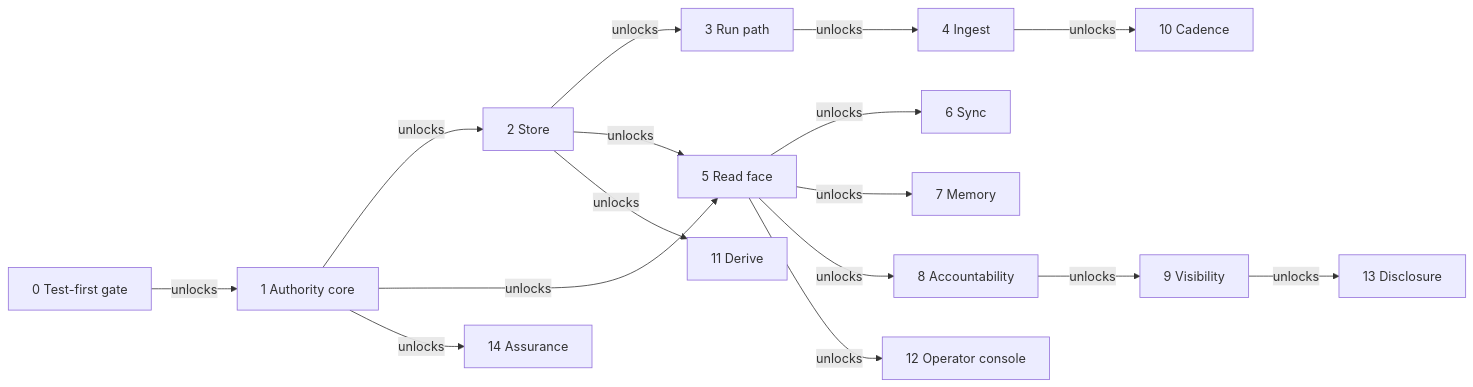
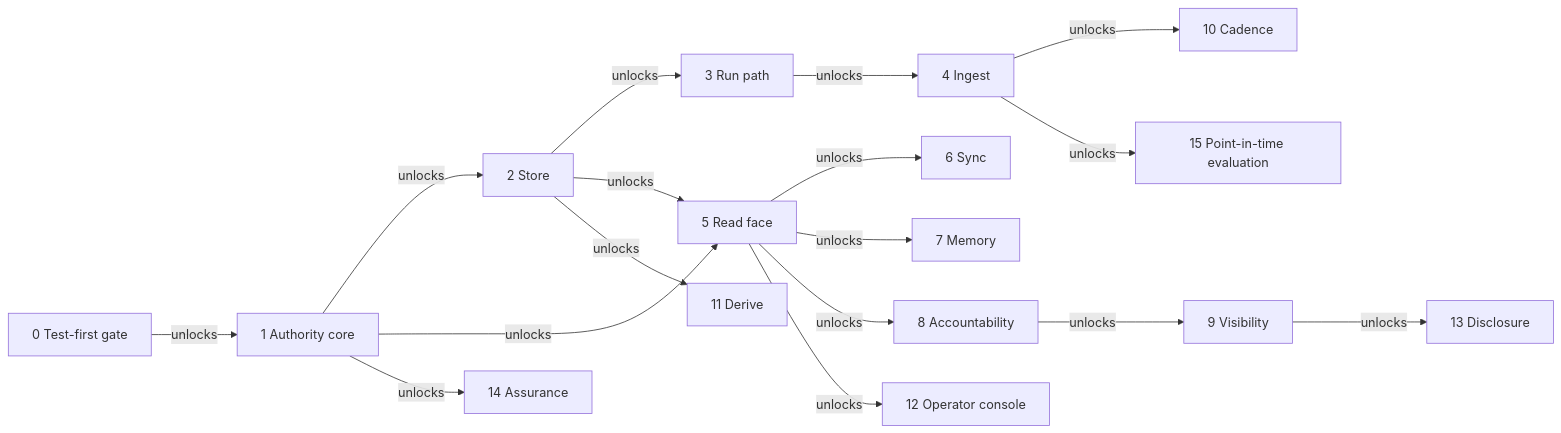
One commit to fractalboxdev/contextful changed the diagram in spec/roadmap.md. Above: the diagram before and after it, drawn with Mermaid. The commit also changed other lines of this file and 7 other files, not shown here.

````diff
--- a/spec/roadmap.md
+++ b/spec/roadmap.md
@@ -17,18 +17,19 @@
 ```mermaid
 flowchart LR
   Z[0 Test-first gate] -->|unlocks| A
   A[1 Authority core] -->|unlocks| B[2 Store]
   B -->|unlocks| C[3 Run path]
   C -->|unlocks| D[4 Ingest]
   B -->|unlocks| E[5 Read face]
   A -->|unlocks| E
   E -->|unlocks| F[6 Sync]
   E -->|unlocks| G[7 Memory]
   E -->|unlocks| H[8 Accountability]
   H -->|unlocks| I[9 Visibility]
   D -->|unlocks| J[10 Cadence]
   B -->|unlocks| K[11 Derive]
   E -->|unlocks| L[12 Operator console]
   I -->|unlocks| M[13 Disclosure]
   A -->|unlocks| N[14 Assurance]
+  D -->|unlocks| O[15 Point-in-time evaluation]
 ```
````
